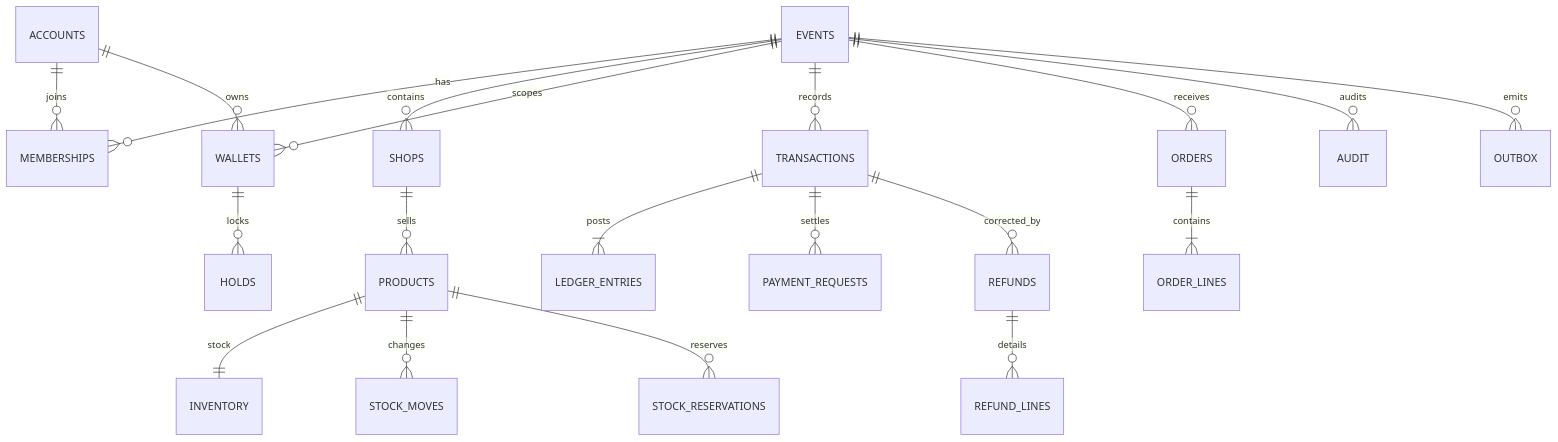
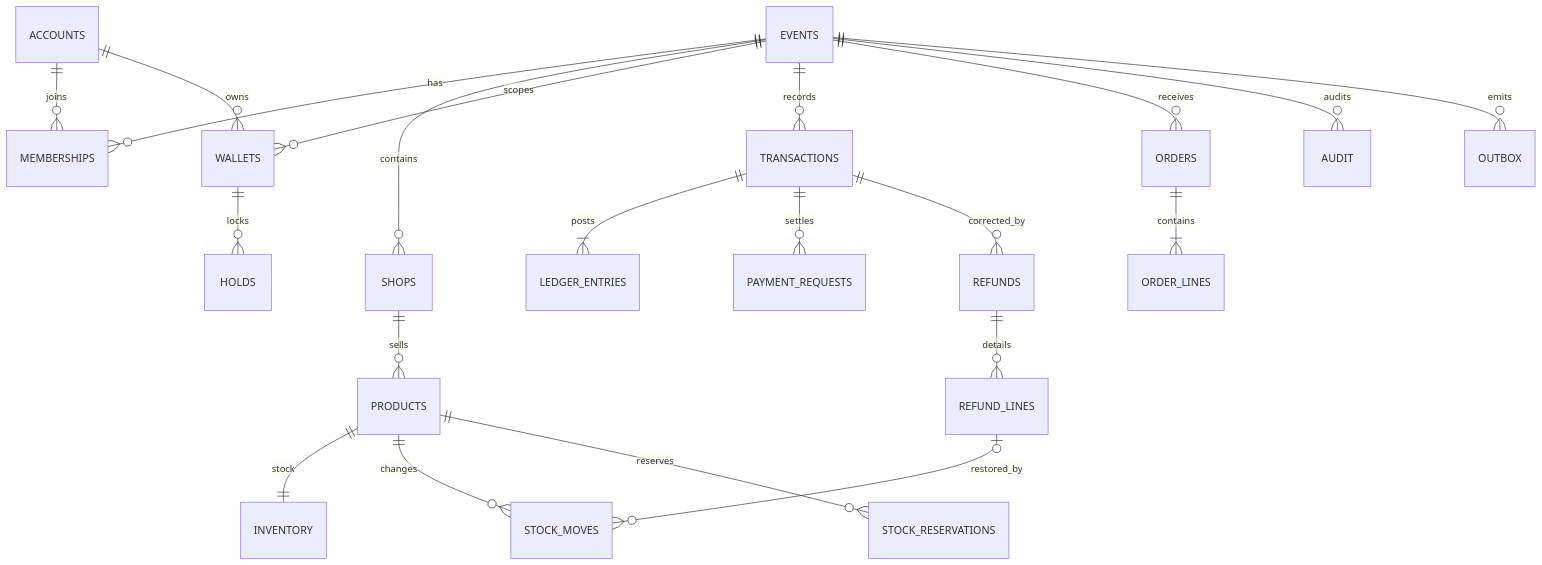
The second of 11 diagrams in docs/design/detailed-design.md (fespay-team/fespay), drawn with Mermaid before and after one commit. The commit also changed other lines of this file and 8 other files, not shown here.

````diff
--- a/docs/design/detailed-design.md
+++ b/docs/design/detailed-design.md
@@ -165,22 +179,23 @@
 ```mermaid
 erDiagram
   ACCOUNTS ||--o{ MEMBERSHIPS : joins
   EVENTS ||--o{ MEMBERSHIPS : has
   EVENTS ||--o{ SHOPS : contains
   SHOPS ||--o{ PRODUCTS : sells
   PRODUCTS ||--|| INVENTORY : stock
   PRODUCTS ||--o{ STOCK_MOVES : changes
   PRODUCTS ||--o{ STOCK_RESERVATIONS : reserves
   ACCOUNTS ||--o{ WALLETS : owns
   EVENTS ||--o{ WALLETS : scopes
   WALLETS ||--o{ HOLDS : locks
   EVENTS ||--o{ TRANSACTIONS : records
   TRANSACTIONS ||--|{ LEDGER_ENTRIES : posts
   TRANSACTIONS ||--o{ PAYMENT_REQUESTS : settles
   EVENTS ||--o{ ORDERS : receives
   ORDERS ||--|{ ORDER_LINES : contains
   TRANSACTIONS ||--o{ REFUNDS : corrected_by
   REFUNDS ||--o{ REFUND_LINES : details
+  REFUND_LINES o|--o{ STOCK_MOVES : restored_by
   EVENTS ||--o{ AUDIT : audits
   EVENTS ||--o{ OUTBOX : emits
 ```
````
